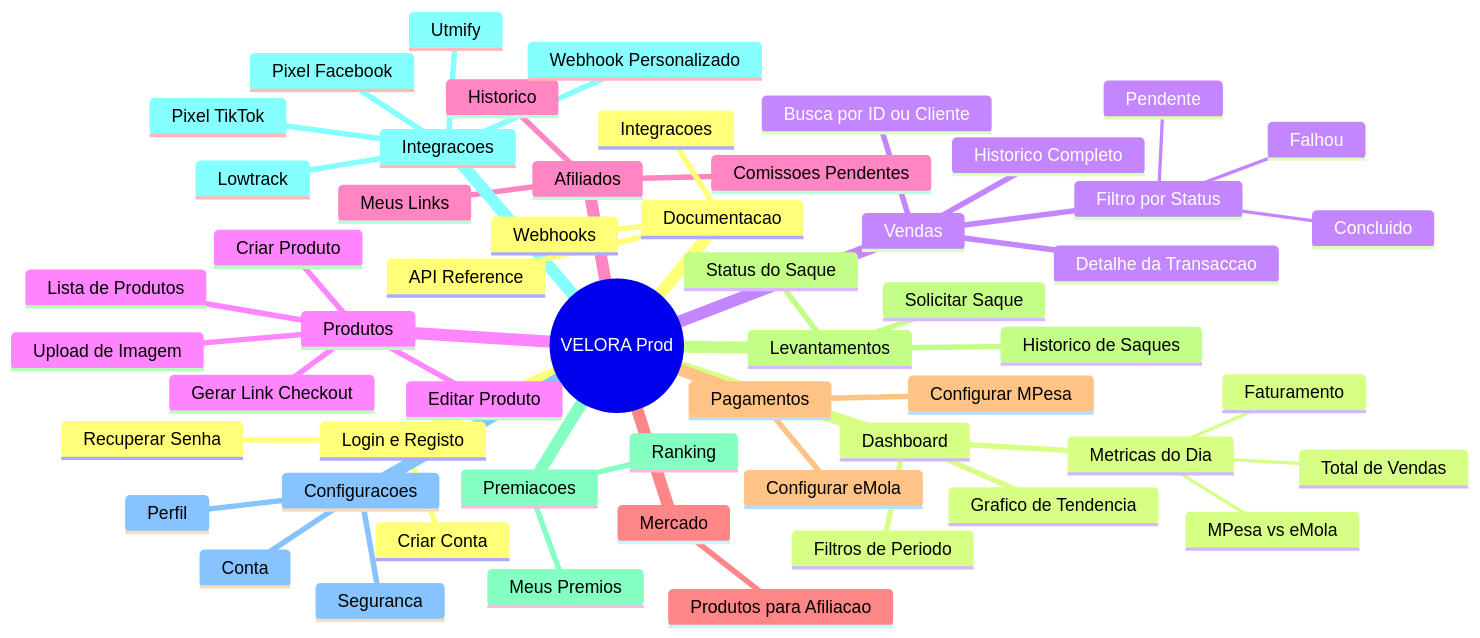
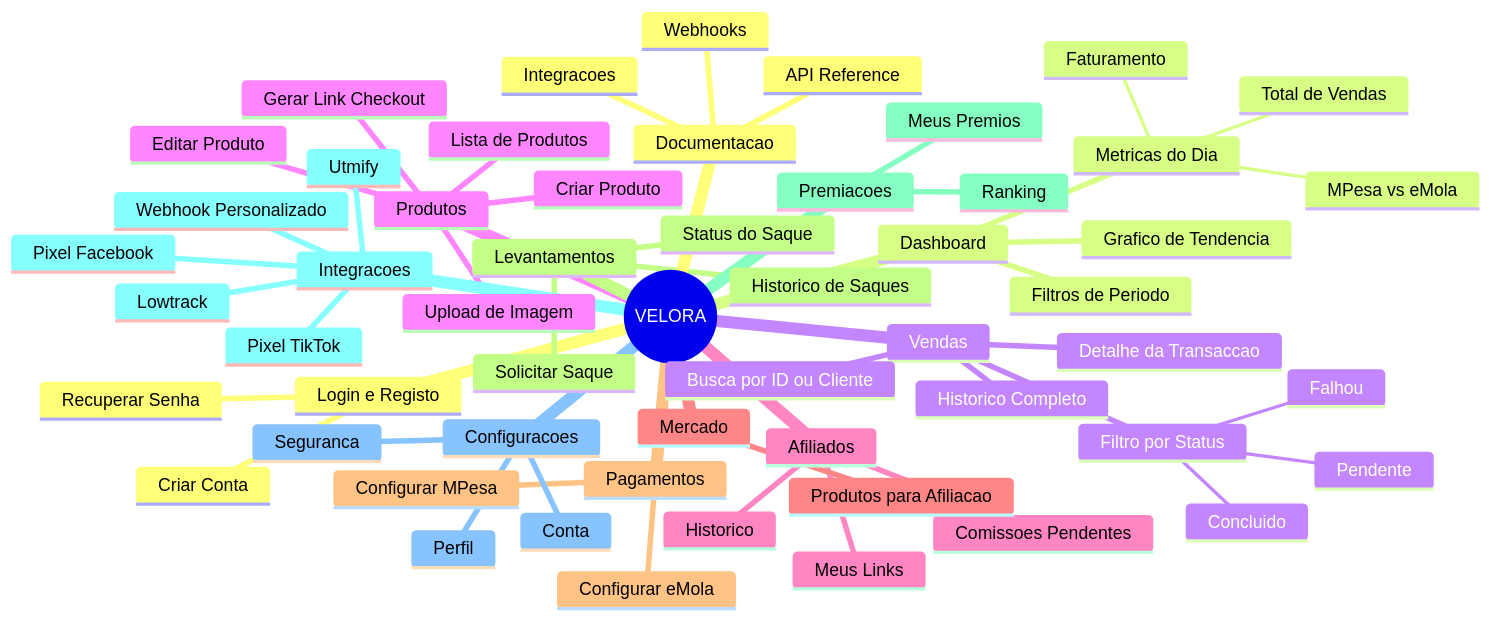
One commit to elidiojoaomaibass-lgtm/Evolux changed the eighth of 9 diagrams in docs/user-flow-analysis.md. Above: the diagram before and after it, drawn with Mermaid. The commit also changed other lines of this file and 31 other files, not shown here.

````diff
--- a/docs/user-flow-analysis.md
+++ b/docs/user-flow-analysis.md
@@ -212,58 +212,58 @@
 ```mermaid
 mindmap
-  root((VELORA Prod))
+  root((VELORA))
     Login e Registo
       Recuperar Senha
       Criar Conta
     Dashboard
       Metricas do Dia
         Total de Vendas
         Faturamento
         MPesa vs eMola
       Grafico de Tendencia
       Filtros de Periodo
     Vendas
       Historico Completo
       Filtro por Status
         Concluido
         Pendente
         Falhou
       Busca por ID ou Cliente
       Detalhe da Transaccao
     Produtos
       Lista de Produtos
       Criar Produto
       Editar Produto
       Gerar Link Checkout
       Upload de Imagem
     Afiliados
       Meus Links
       Comissoes Pendentes
       Historico
     Mercado
       Produtos para Afiliacao
     Pagamentos
       Configurar MPesa
       Configurar eMola
     Levantamentos
       Solicitar Saque
       Historico de Saques
       Status do Saque
     Premiacoes
       Ranking
       Meus Premios
     Integracoes
       Pixel Facebook
       Pixel TikTok
       Lowtrack
       Utmify
       Webhook Personalizado
     Configuracoes
       Perfil
       Seguranca
       Conta
     Documentacao
       API Reference
       Webhooks
       Integracoes
 ```
````
